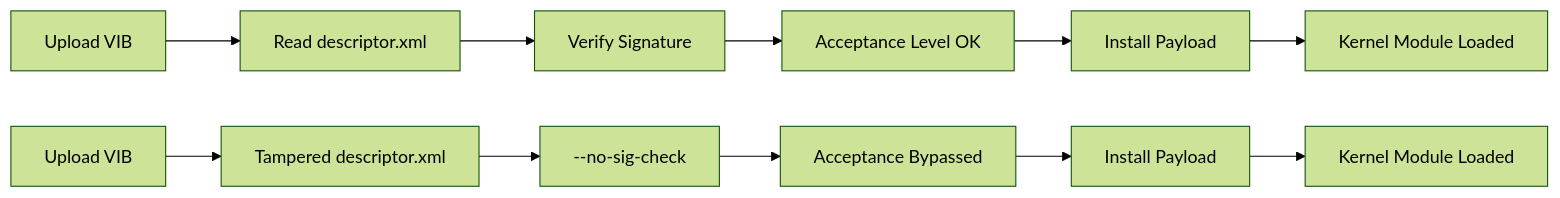
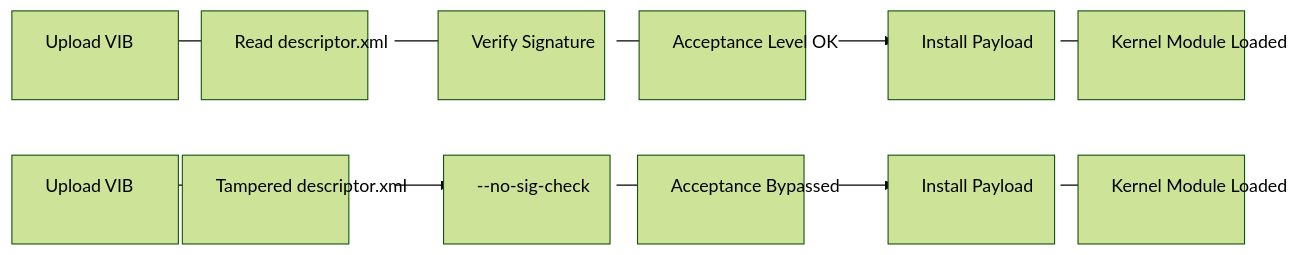
The second of 5 diagrams in _posts/2025-10-25-ESXi-Hypervisor-level-Attacks-and-Techniques.md (win64k/win64k.github.io), drawn with Mermaid (forest theme) before and after one commit. The commit also changed other lines of this file, not shown here.

````diff
--- a/_posts/2025-10-25-ESXi-Hypervisor-level-Attacks-and-Techniques.md
+++ b/_posts/2025-10-25-ESXi-Hypervisor-level-Attacks-and-Techniques.md
@@ -61,24 +63,25 @@
 ```mermaid
 flowchart LR
     %% Legitimate Path
     LEGIT1["Upload VIB"]
     LEGIT2["Read descriptor.xml"]
     LEGIT3["Verify Signature"]
     LEGIT4["Acceptance Level OK"]
     LEGIT5["Install Payload"]
     LEGIT6["Kernel Module Loaded"]
 
     %% Malicious Path
     MAL1["Upload VIB"]
     MAL2["Tampered descriptor.xml"]
     MAL3["--no-sig-check"]
     MAL4["Acceptance Bypassed"]
     MAL5["Install Payload"]
     MAL6["Kernel Module Loaded"]
 
     %% Flows
     LEGIT1 --> LEGIT2 --> LEGIT3 --> LEGIT4 --> LEGIT5 --> LEGIT6
     MAL1 --> MAL2 --> MAL3 --> MAL4 --> MAL5 --> MAL6
- 
 
+    %% Make nodes larger
+    classDef default width:150px,height:80px
 ```
````
